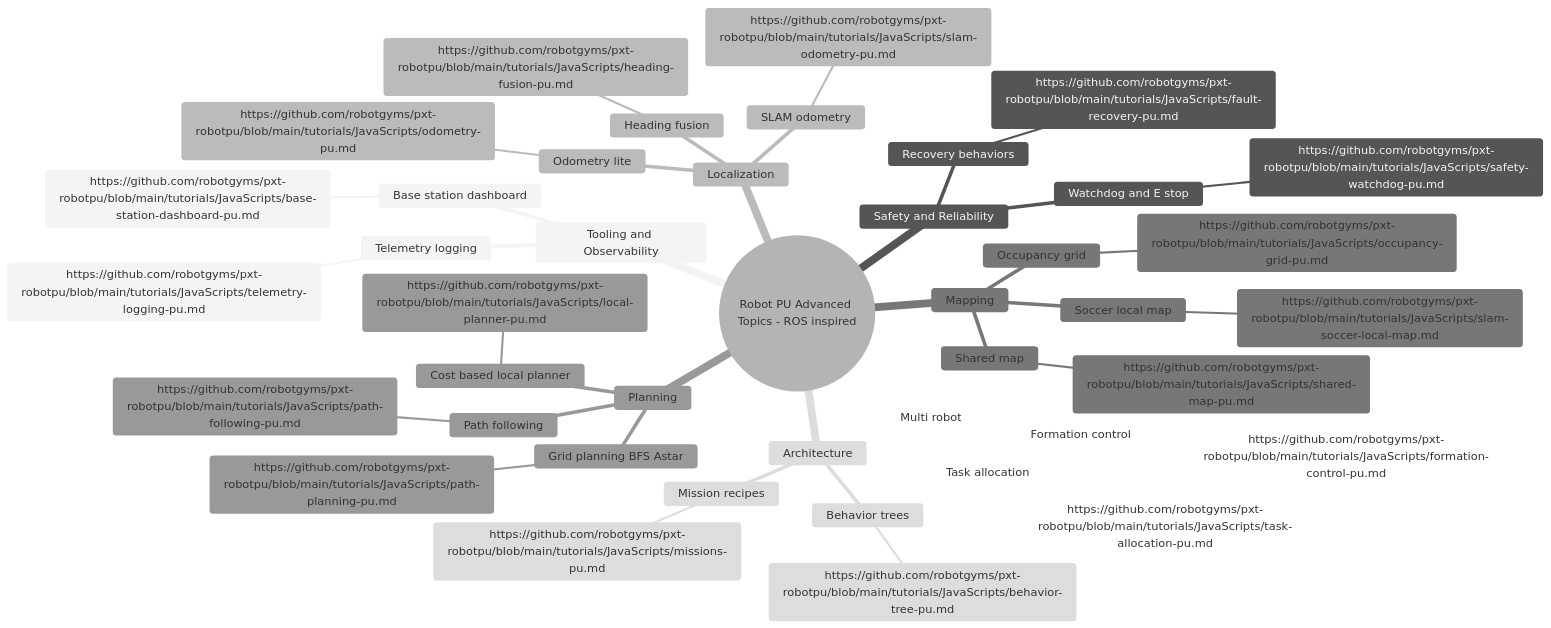
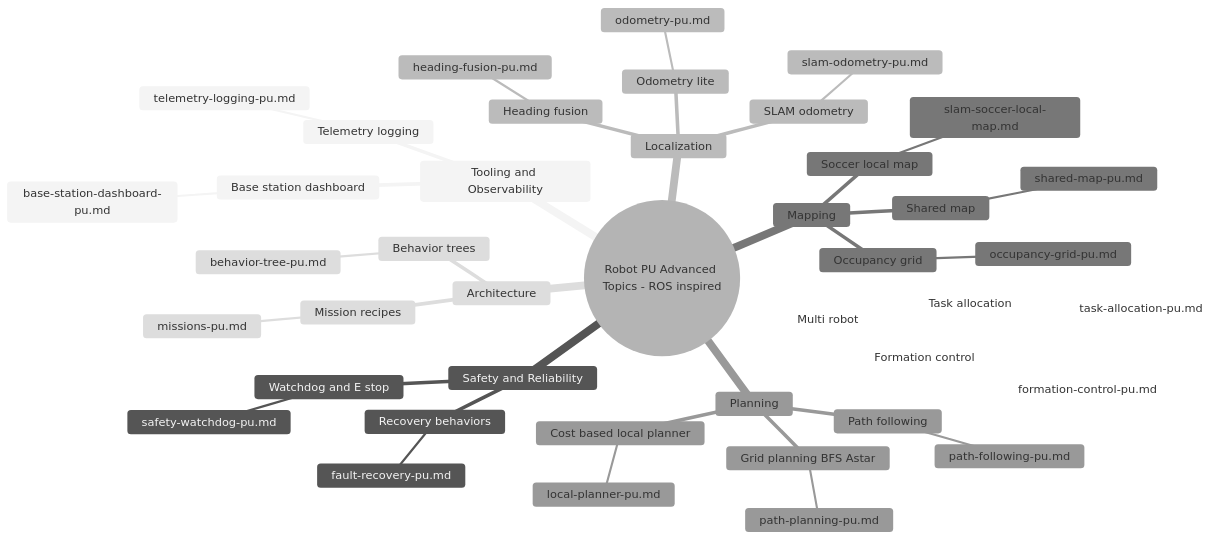
One commit to robotgyms/pxt-robotpu changed the second of 2 diagrams in tutorials/JavaScripts/README.md. Above: the diagram before and after it, drawn with Mermaid (neutral theme). The commit also changed other lines of this file, not shown here.

Commit message:
added local-map tutorial

````diff
--- a/tutorials/JavaScripts/README.md
+++ b/tutorials/JavaScripts/README.md
@@ -119,45 +119,45 @@
 ```mermaid
 mindmap
   root((Robot PU Advanced Topics - ROS inspired))
     Tooling and Observability
       Telemetry logging
-        https://github.com/robotgyms/pxt-robotpu/blob/main/tutorials/JavaScripts/telemetry-logging-pu.md
+        telemetry-logging-pu.md
       Base station dashboard
-        https://github.com/robotgyms/pxt-robotpu/blob/main/tutorials/JavaScripts/base-station-dashboard-pu.md
+        base-station-dashboard-pu.md
     Safety and Reliability
       Watchdog and E stop
-        https://github.com/robotgyms/pxt-robotpu/blob/main/tutorials/JavaScripts/safety-watchdog-pu.md
+        safety-watchdog-pu.md
       Recovery behaviors
-        https://github.com/robotgyms/pxt-robotpu/blob/main/tutorials/JavaScripts/fault-recovery-pu.md
+        fault-recovery-pu.md
     Localization
       Odometry lite
-        https://github.com/robotgyms/pxt-robotpu/blob/main/tutorials/JavaScripts/odometry-pu.md
+        odometry-pu.md
       Heading fusion
-        https://github.com/robotgyms/pxt-robotpu/blob/main/tutorials/JavaScripts/heading-fusion-pu.md
+        heading-fusion-pu.md
       SLAM odometry
-        https://github.com/robotgyms/pxt-robotpu/blob/main/tutorials/JavaScripts/slam-odometry-pu.md
+        slam-odometry-pu.md
     Mapping
       Occupancy grid
-        https://github.com/robotgyms/pxt-robotpu/blob/main/tutorials/JavaScripts/occupancy-grid-pu.md
+        occupancy-grid-pu.md
       Shared map
-        https://github.com/robotgyms/pxt-robotpu/blob/main/tutorials/JavaScripts/shared-map-pu.md
+        shared-map-pu.md
       Soccer local map
-        https://github.com/robotgyms/pxt-robotpu/blob/main/tutorials/JavaScripts/slam-soccer-local-map.md
+        slam-soccer-local-map.md
     Planning
       Grid planning BFS Astar
-        https://github.com/robotgyms/pxt-robotpu/blob/main/tutorials/JavaScripts/path-planning-pu.md
+        path-planning-pu.md
       Path following
-        https://github.com/robotgyms/pxt-robotpu/blob/main/tutorials/JavaScripts/path-following-pu.md
+        path-following-pu.md
       Cost based local planner
-        https://github.com/robotgyms/pxt-robotpu/blob/main/tutorials/JavaScripts/local-planner-pu.md
+        local-planner-pu.md
     Architecture
       Behavior trees
-        https://github.com/robotgyms/pxt-robotpu/blob/main/tutorials/JavaScripts/behavior-tree-pu.md
+        behavior-tree-pu.md
       Mission recipes
-        https://github.com/robotgyms/pxt-robotpu/blob/main/tutorials/JavaScripts/missions-pu.md
+        missions-pu.md
     Multi robot
       Task allocation
-        https://github.com/robotgyms/pxt-robotpu/blob/main/tutorials/JavaScripts/task-allocation-pu.md
+        task-allocation-pu.md
       Formation control
-        https://github.com/robotgyms/pxt-robotpu/blob/main/tutorials/JavaScripts/formation-control-pu.md
+        formation-control-pu.md
 ```
````
